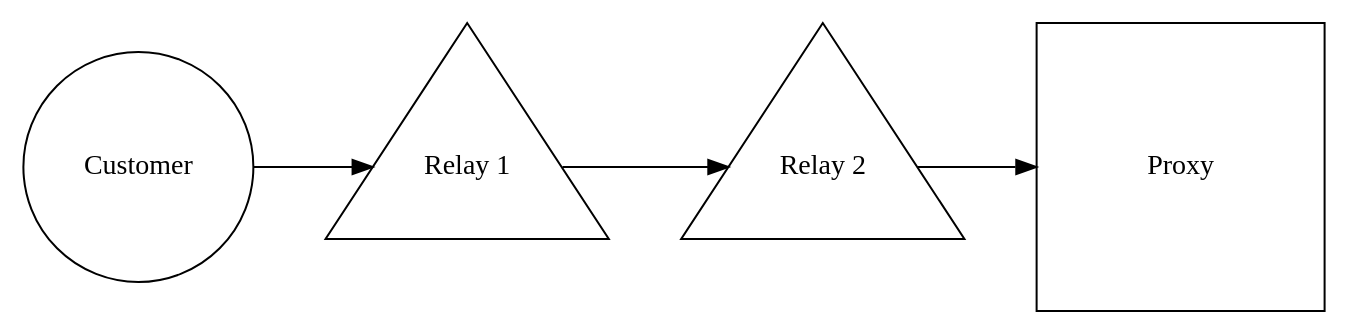
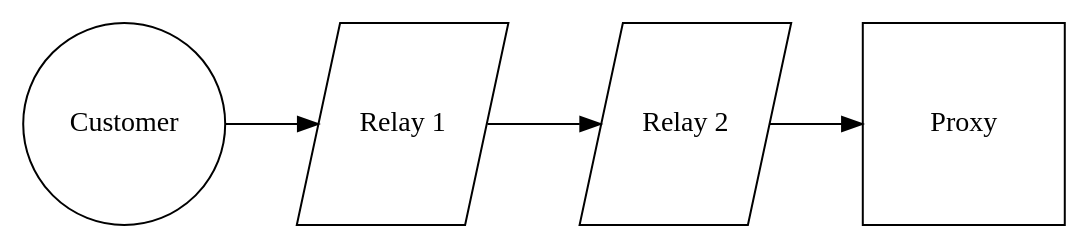
Before and after one commit to Gustav-Simonsson/orchid-whitepaper: the diagram in src/figures/sttc.dot, drawn with Graphviz. The commit also changed 7 other files, not shown here.

```diff
--- a/src/figures/sttc.dot
+++ b/src/figures/sttc.dot
@@ -1,12 +1,12 @@
 digraph G {
-				Customer [shape=circle, height=1.6];
-				"Relay 1" [shape=triangle, height=2];
-				"Relay 2" [shape=triangle, height=2];
-				Proxy [shape=square, height=2];
+				Customer [shape=circle, height=1.4];
+				"Relay 1" [shape=parallelogram, height=1.4];
+				"Relay 2" [shape=parallelogram, height=1.4];
+				Proxy [shape=square, height=1.4];
 
 				rankdir=LR;
 
 				Customer -> "Relay 1";
 				"Relay 1" -> "Relay 2";
 				"Relay 2" -> Proxy;
 }
```
